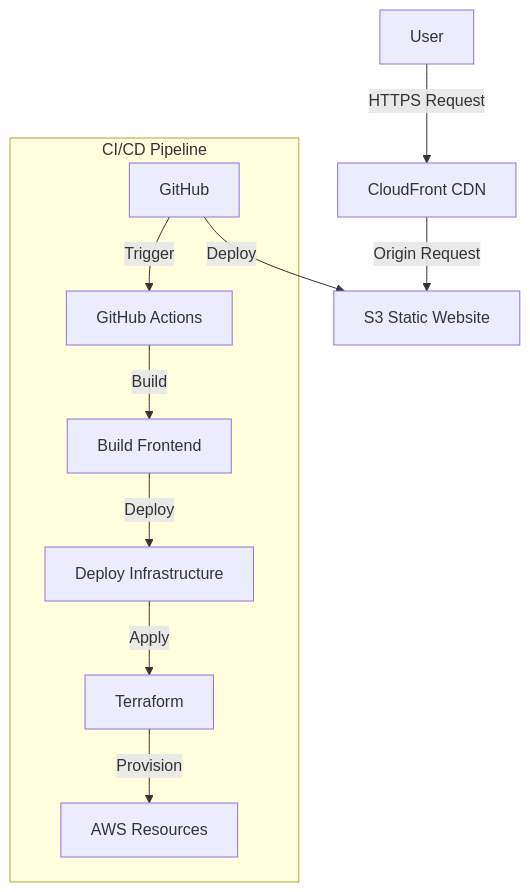
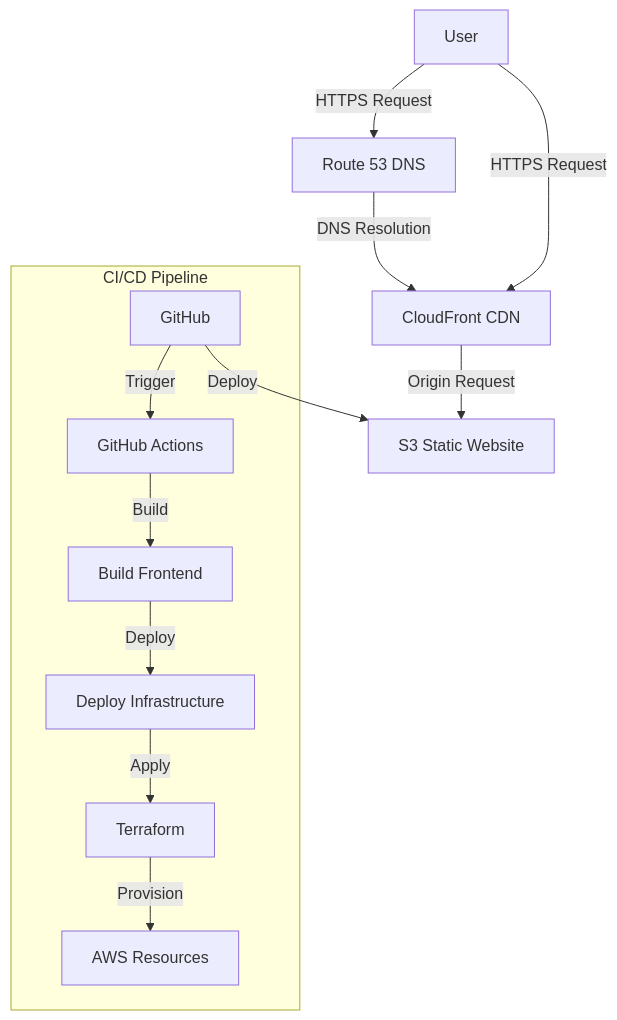
One commit to SergioKingOne/rustic-wave changed the diagram in docs/architecture.md. Above: the diagram before and after it, drawn with Mermaid. The commit also changed 2 other files, not shown here.

Commit message:
wasm install

````diff
--- a/docs/architecture.md
+++ b/docs/architecture.md
@@ -1,14 +1,16 @@
 ```mermaid
 graph TD
+    DNS[Route 53 DNS] -->|DNS Resolution| CloudFront
+    User -->|HTTPS Request| DNS
     User -->|HTTPS Request| CloudFront[CloudFront CDN]
     CloudFront -->|Origin Request| S3[S3 Static Website]
     GitHub -->|Deploy| S3
 
     subgraph CI/CD Pipeline
         GitHub -->|Trigger| Actions[GitHub Actions]
         Actions -->|Build| Build[Build Frontend]
         Build -->|Deploy| Deploy[Deploy Infrastructure]
         Deploy -->|Apply| Terraform[Terraform]
         Terraform -->|Provision| AWS[AWS Resources]
     end
 ```
````
